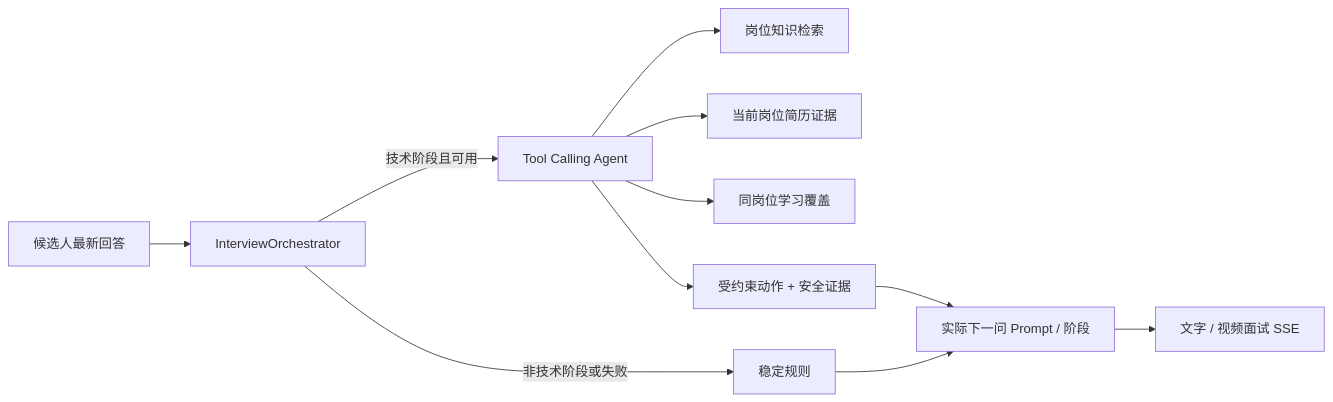
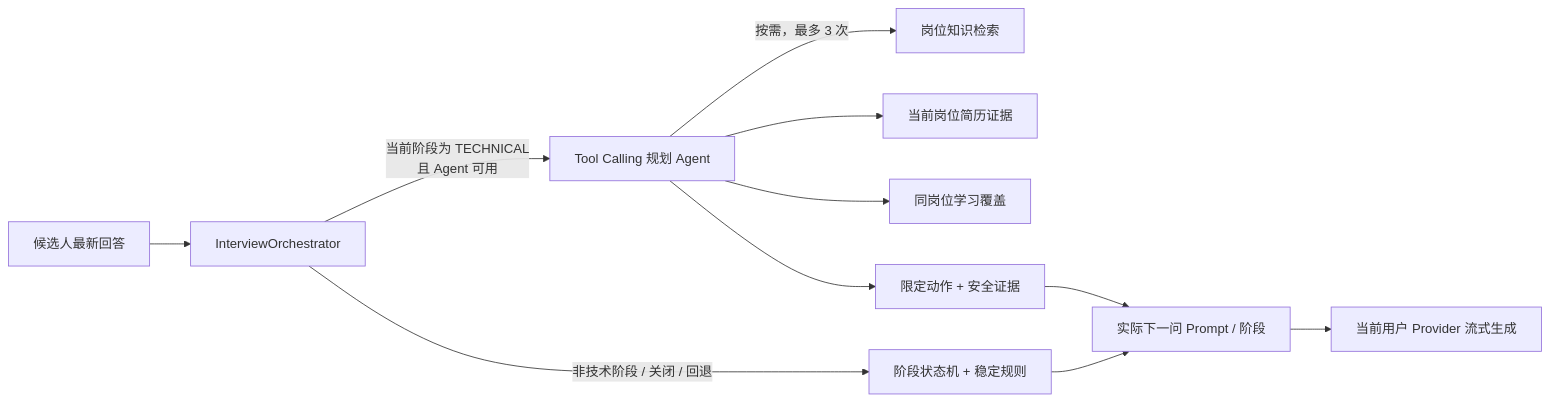
Before and after one commit to nzy0510/AI-Interview: the second of 3 diagrams in README.md, drawn with Mermaid. The commit also changed other lines of this file and 6 other files, not shown here.

Commit message:
docs: align RAG architecture and add editable diagram sources

````diff
--- a/README.md
+++ b/README.md
@@ -177,13 +190,13 @@
 ```mermaid
 flowchart LR
     Answer["候选人最新回答"] --> Orchestrator["InterviewOrchestrator"]
-    Orchestrator -->|"技术阶段且可用"| Agent["Tool Calling Agent"]
-    Agent --> Knowledge["岗位知识检索"]
+    Orchestrator -->|"当前阶段为 TECHNICAL<br/>且 Agent 可用"| Agent["Tool Calling 规划 Agent"]
+    Agent -->|"按需，最多 3 次"| Knowledge["岗位知识检索"]
     Agent --> Resume["当前岗位简历证据"]
     Agent --> Coverage["同岗位学习覆盖"]
-    Agent --> Plan["受约束动作 + 安全证据"]
-    Orchestrator -->|"非技术阶段或失败"| Rule["稳定规则"]
+    Agent --> Plan["限定动作 + 安全证据"]
+    Orchestrator -->|"非技术阶段 / 关闭 / 回退"| Rule["阶段状态机 + 稳定规则"]
     Plan --> Prompt["实际下一问 Prompt / 阶段"]
     Rule --> Prompt
-    Prompt --> SSE["文字 / 视频面试 SSE"]
+    Prompt --> SSE["当前用户 Provider 流式生成"]
 ```
````
